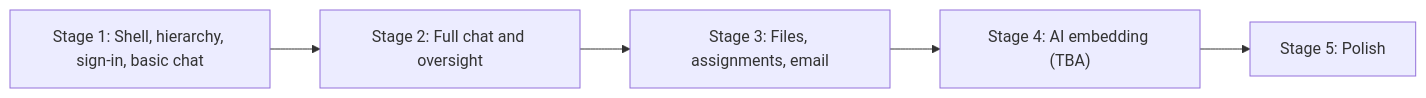
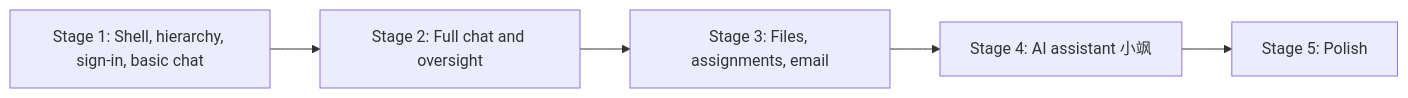
Before and after one commit to UCSB-CSSA-dev/hub: the diagram in doc/09-roadmap.md, drawn with Mermaid. The commit also changed other lines of this file and 85 other files, not shown here.

First line of the commit message:
Add the AI assistant 小飒 (Stage 4)

````diff
--- a/doc/09-roadmap.md
+++ b/doc/09-roadmap.md
@@ -5,7 +5,7 @@
 ```mermaid
 flowchart LR
   S1["Stage 1: Shell, hierarchy, sign-in, basic chat"] --> S2["Stage 2: Full chat and oversight"]
   S2 --> S3["Stage 3: Files, assignments, email"]
-  S3 --> S4["Stage 4: AI embedding (TBA)"]
+  S3 --> S4["Stage 4: AI assistant 小飒"]
   S4 --> S5["Stage 5: Polish"]
 ```
````
